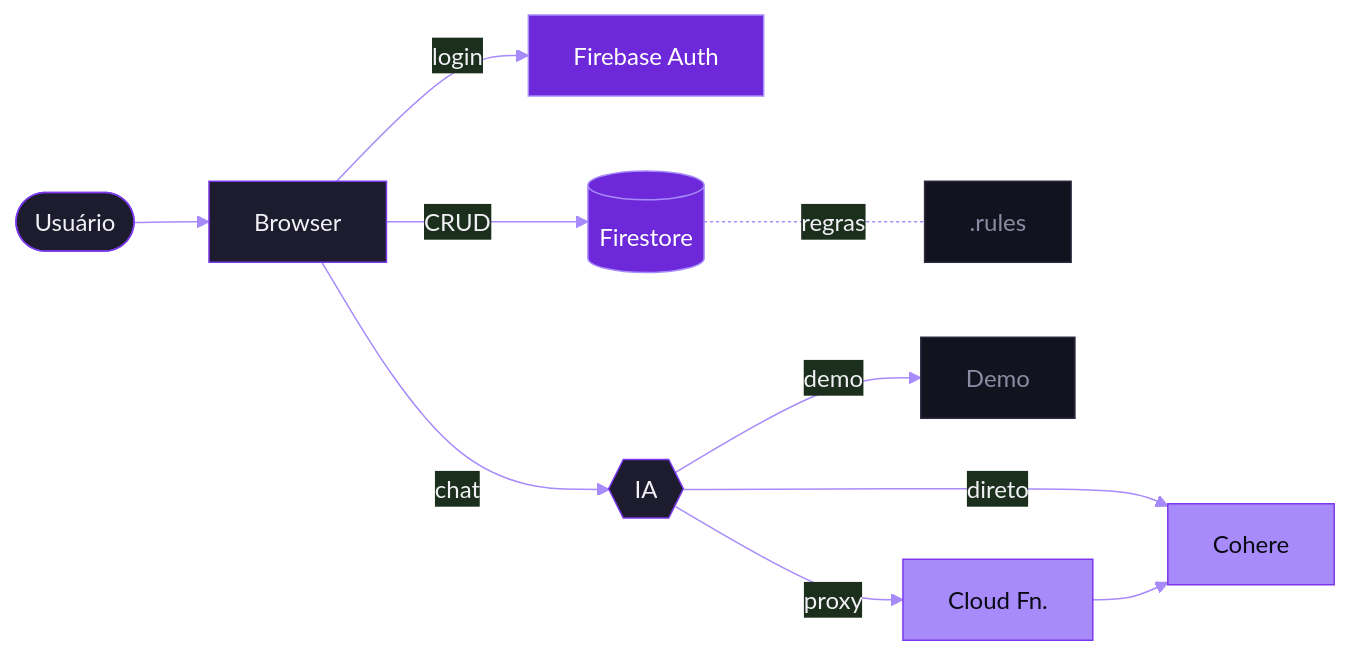
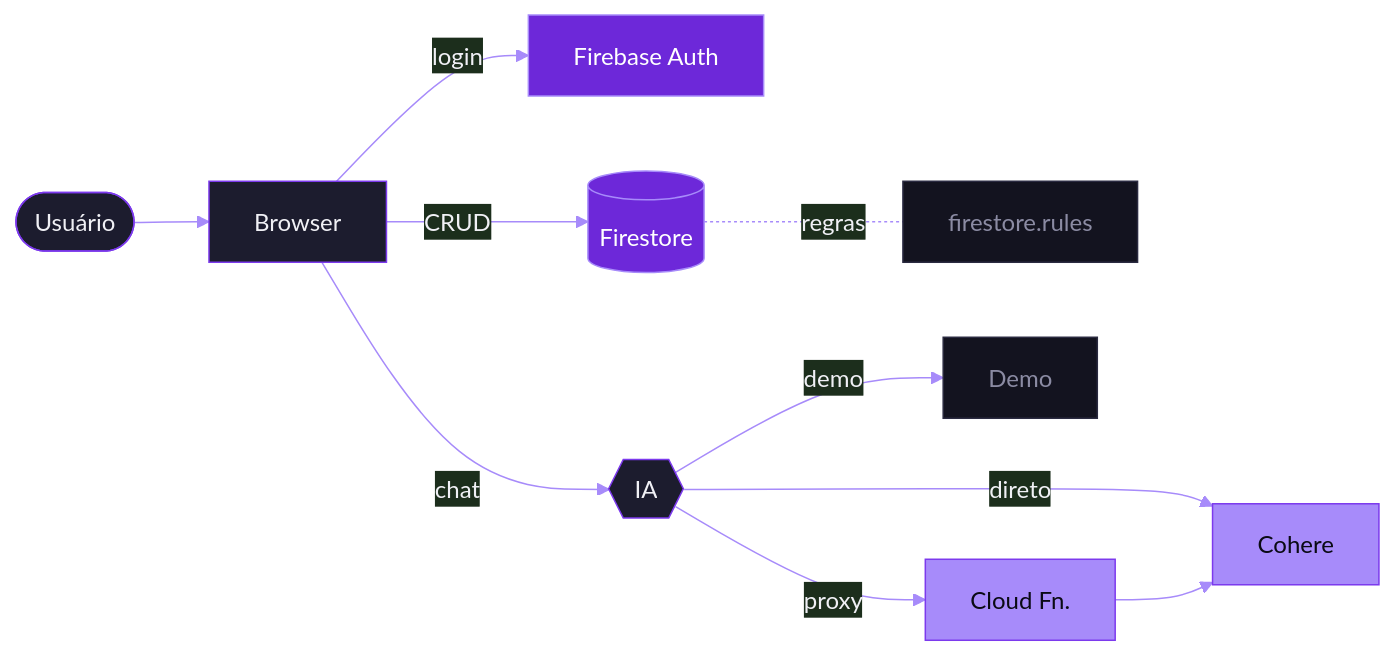
The diagram in README.md (carloshjes/gastos-mensais), drawn with Mermaid before and after one commit. The commit also changed other lines of this file and 1 other file, not shown here.

````diff
--- a/README.md
+++ b/README.md
@@ -41,25 +106,25 @@
 ```mermaid
 %%{init: {'theme':'base', 'themeVariables': {
   'primaryColor':'#1c1c2e',
   'primaryTextColor':'#f0f0f5',
   'primaryBorderColor':'#7c3aed',
   'lineColor':'#a78bfa'
 }}}%%
 flowchart LR
     U([Usuário]) --> B[Browser]
     B -->|login| FA[Firebase Auth]
     B -->|CRUD| FS[(Firestore)]
     B -->|chat| IA{{IA}}
     IA -->|demo| D[Demo]
     IA -->|direto| CO[Cohere]
     IA -->|proxy| CF[Cloud Fn.] --> CO
-    FS -. regras .- R[.rules]
+    FS -. regras .- R[firestore.rules]
 
     classDef firebase fill:#6d28d9,stroke:#a78bfa,color:#fff
-    classDef cohere   fill:#a78bfa,stroke:#7c3aed,color:#0a0a14
-    classDef rules    fill:#13131f,stroke:#2a2a40,color:#8b8ba3
+    classDef cohere fill:#a78bfa,stroke:#7c3aed,color:#0a0a14
+    classDef rules fill:#13131f,stroke:#2a2a40,color:#8b8ba3
 
     class FA,FS firebase
     class CO,CF cohere
     class R,D rules
 ```
````
